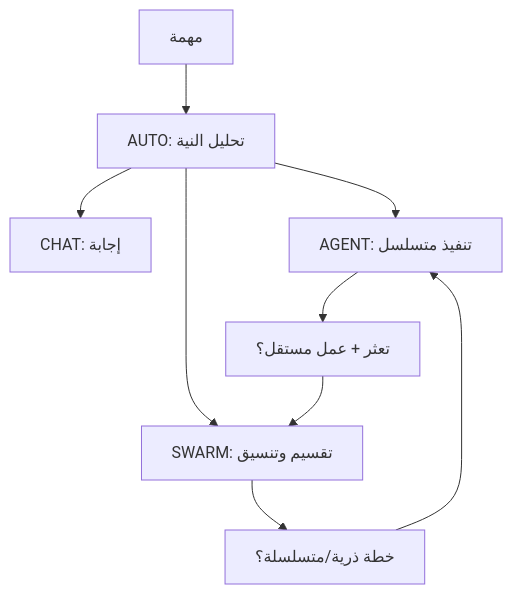
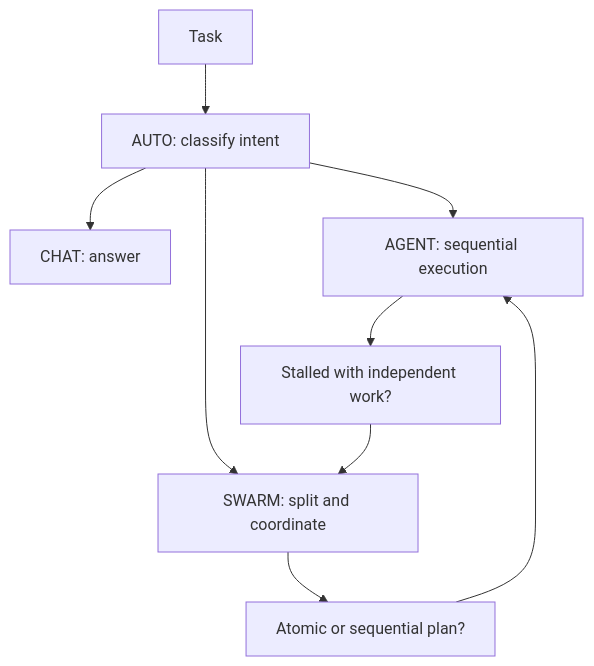
One commit to obieda-hussien/OmniDev-Workspace changed the diagram in MENTAL_MAP.md. Above: the diagram before and after it, drawn with Mermaid. The commit also changed other lines of this file and 80 other files, not shown here.

````diff
--- a/MENTAL_MAP.md
+++ b/MENTAL_MAP.md
@@ -26,11 +26,11 @@
 ```mermaid
 flowchart TD
-    Q["مهمة"] --> AU["AUTO: تحليل النية"]
-    AU --> CH["CHAT: إجابة"]
-    AU --> AG["AGENT: تنفيذ متسلسل"]
-    AU --> SW["SWARM: تقسيم وتنسيق"]
-    AG --> F["تعثر + عمل مستقل؟"]
+    Q["Task"] --> AU["AUTO: classify intent"]
+    AU --> CH["CHAT: answer"]
+    AU --> AG["AGENT: sequential execution"]
+    AU --> SW["SWARM: split and coordinate"]
+    AG --> F["Stalled with independent work?"]
     F --> SW
-    SW --> O["خطة ذرية/متسلسلة؟"]
+    SW --> O["Atomic or sequential plan?"]
     O --> AG
 ```
````
